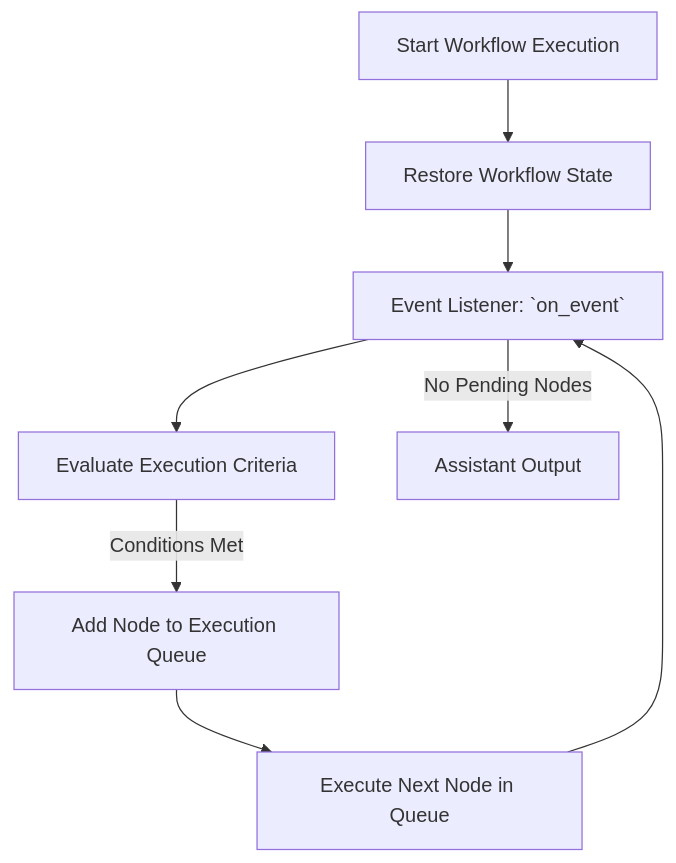
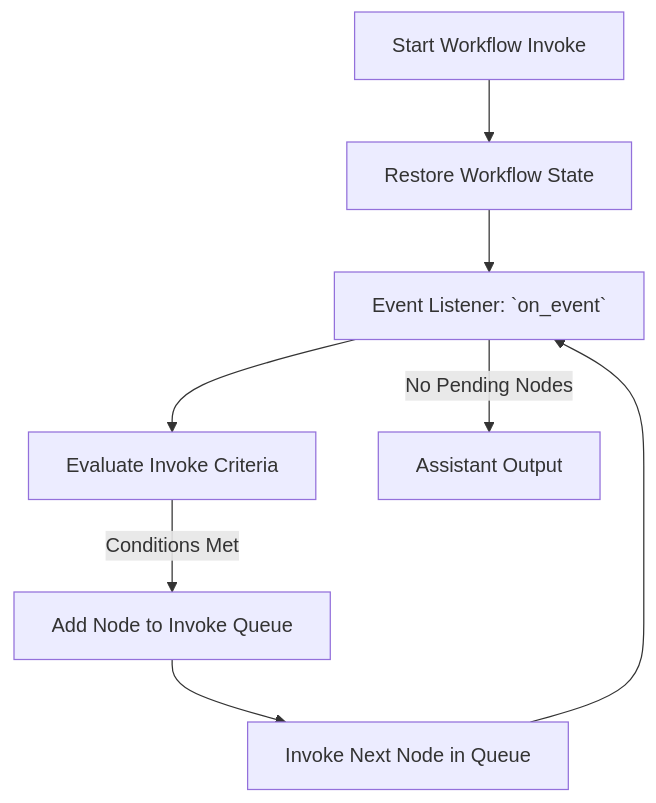
One commit to binome-dev/graphite changed the first of 2 diagrams in docs/docs/user-guide/event-driven-workflow.md. Above: the diagram before and after it, drawn with Mermaid. The commit also changed other lines of this file and 166 other files, not shown here.

Commit message:
rename execute to invoke

````diff
--- a/docs/docs/user-guide/event-driven-workflow.md
+++ b/docs/docs/user-guide/event-driven-workflow.md
@@ -31,11 +31,11 @@
 ```mermaid
 graph TD
-    Start[Start Workflow Execution] --> Restore[Restore Workflow State]
+    Start[Start Workflow Invoke] --> Restore[Restore Workflow State]
     Restore[Restore Workflow State] --> EventListener[Event Listener: `on_event`]
-    EventListener --> CheckCriteria[Evaluate Execution Criteria]
-    CheckCriteria -->|Conditions Met| QueueNode[Add Node to Execution Queue]
-    QueueNode --> ExecuteNode[Execute Next Node in Queue]
-    ExecuteNode --> EventListener
+    EventListener --> CheckCriteria[Evaluate Invoke Criteria]
+    CheckCriteria -->|Conditions Met| QueueNode[Add Node to Invoke Queue]
+    QueueNode --> InvokeNode[Invoke Next Node in Queue]
+    InvokeNode --> EventListener
     EventListener -->|No Pending Nodes| Output[Assistant Output]
 
 ```
````
